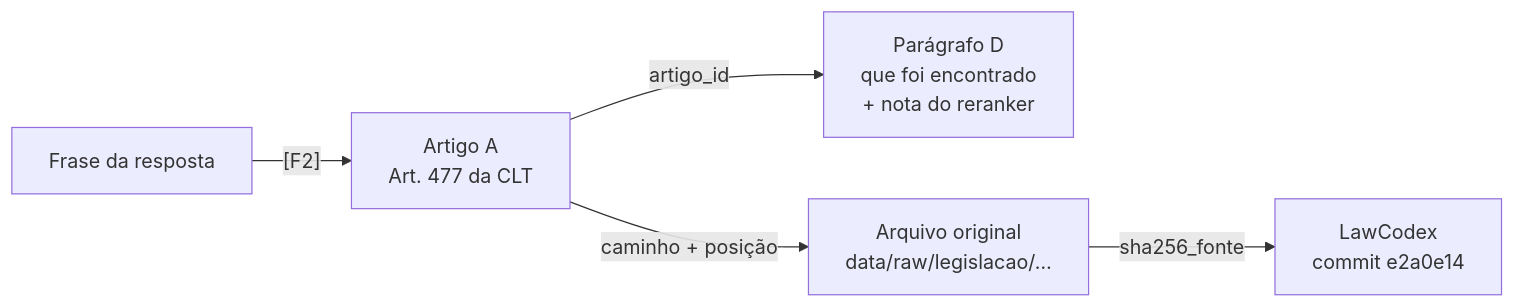
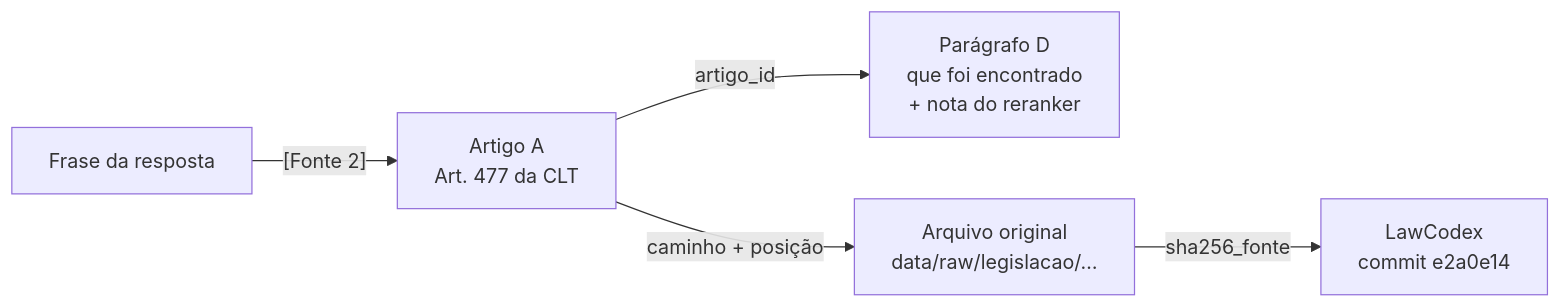
Before and after one commit to femathrl0/lex_clt.ai: the sixth of 6 diagrams in docs/semana2_base_conhecimento_e_rag.md, drawn with Mermaid. The commit also changed other lines of this file and 2 other files, not shown here.

````diff
--- a/docs/semana2_base_conhecimento_e_rag.md
+++ b/docs/semana2_base_conhecimento_e_rag.md
@@ -496,7 +500,7 @@
 ```mermaid
 flowchart LR
-    FR["Frase da resposta"] -->|"[F2]"| ART["Artigo A<br/>Art. 477 da CLT"]
+    FR["Frase da resposta"] -->|"[Fonte 2]"| ART["Artigo A<br/>Art. 477 da CLT"]
     ART -->|"artigo_id"| PAR["Parágrafo D<br/>que foi encontrado<br/>+ nota do reranker"]
     ART -->|"caminho + posição"| ARQ["Arquivo original<br/>data/raw/legislacao/…"]
     ARQ -->|"sha256_fonte"| COM["LawCodex<br/>commit e2a0e14"]
 ```
````
